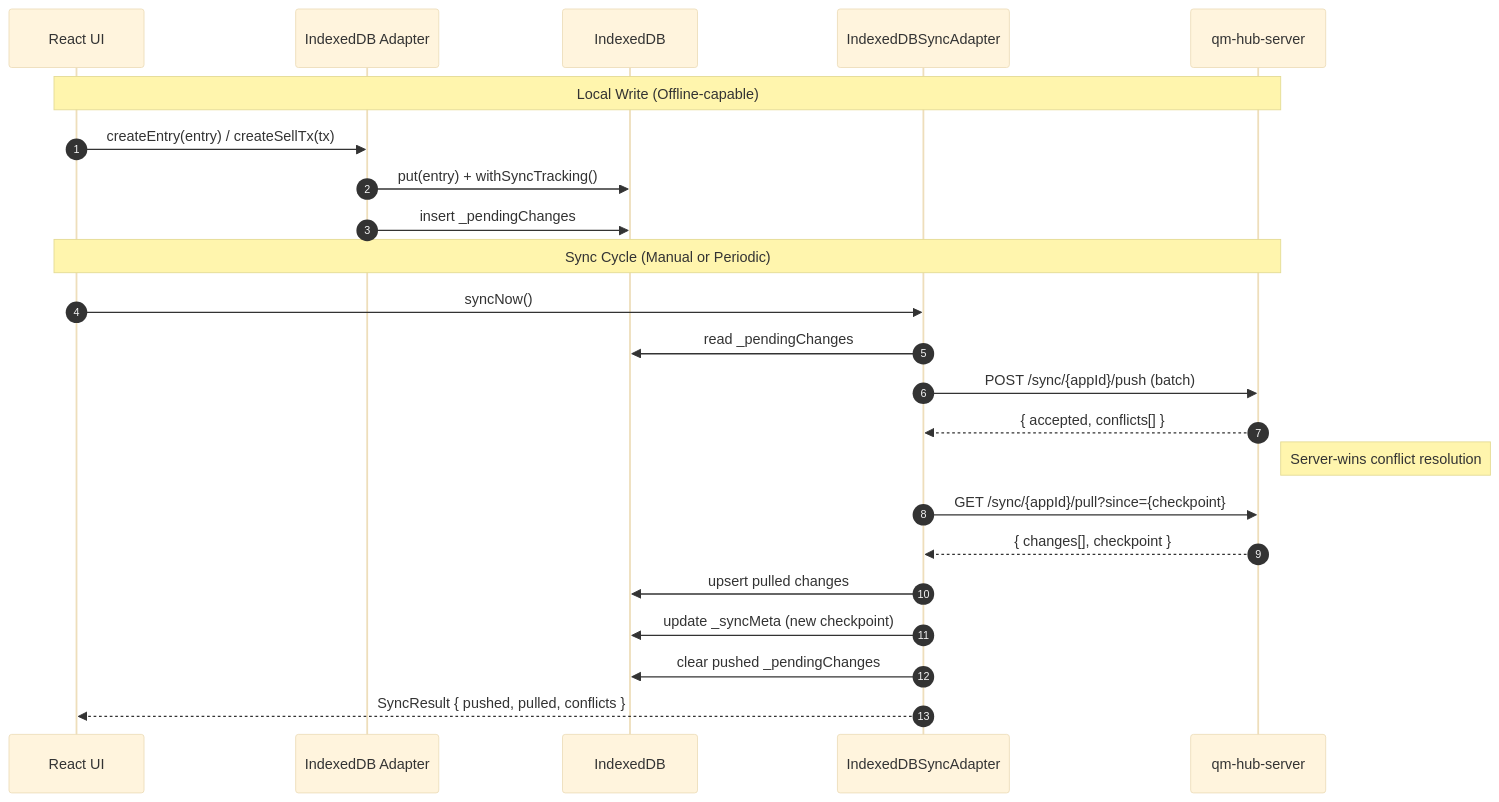
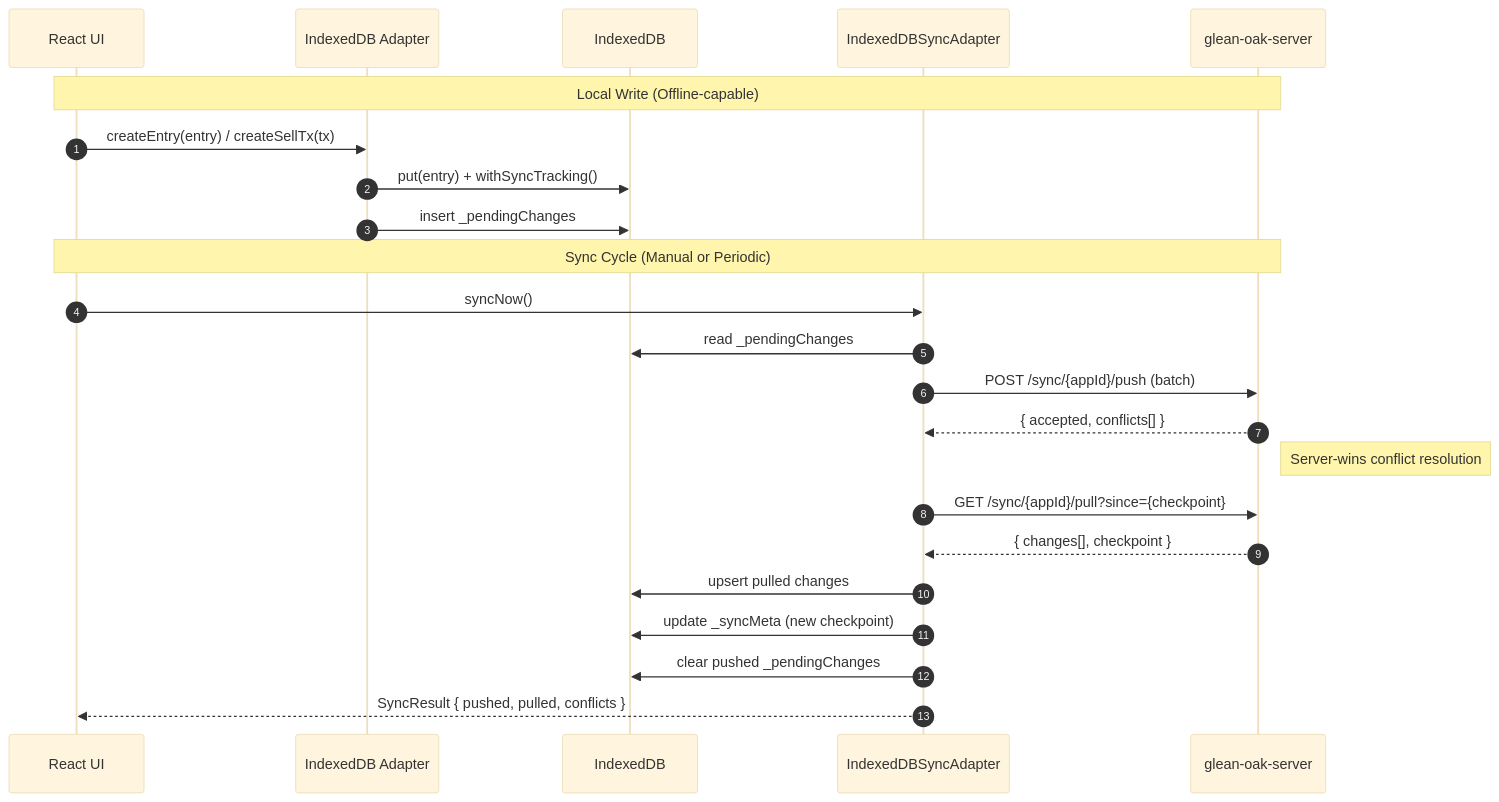
Before and after one commit to loidinhm31/fin-catch: the fourth of 9 diagrams in docs/architecture.md, drawn with Mermaid (base theme). The commit also changed other lines of this file and 42 other files, not shown here.

````diff
--- a/docs/architecture.md
+++ b/docs/architecture.md
@@ -251,28 +251,28 @@
 ```mermaid
 sequenceDiagram
     autonumber
     participant UI as React UI
     participant Adapter as IndexedDB Adapter
     participant IDB as IndexedDB
     participant Sync as IndexedDBSyncAdapter
-    participant Server as qm-hub-server
+    participant Server as glean-oak-server
 
     Note over UI,Server: Local Write (Offline-capable)
     UI->>Adapter: createEntry(entry) / createSellTx(tx)
     Adapter->>IDB: put(entry) + withSyncTracking()
     Adapter->>IDB: insert _pendingChanges
 
     Note over UI,Server: Sync Cycle (Manual or Periodic)
     UI->>Sync: syncNow()
     Sync->>IDB: read _pendingChanges
     Sync->>Server: POST /sync/{appId}/push (batch)
     Server-->>Sync: { accepted, conflicts[] }
     Note right of Server: Server-wins conflict resolution
 
     Sync->>Server: GET /sync/{appId}/pull?since={checkpoint}
     Server-->>Sync: { changes[], checkpoint }
     Sync->>IDB: upsert pulled changes
     Sync->>IDB: update _syncMeta (new checkpoint)
     Sync->>IDB: clear pushed _pendingChanges
     Sync-->>UI: SyncResult { pushed, pulled, conflicts }
 ```
````
